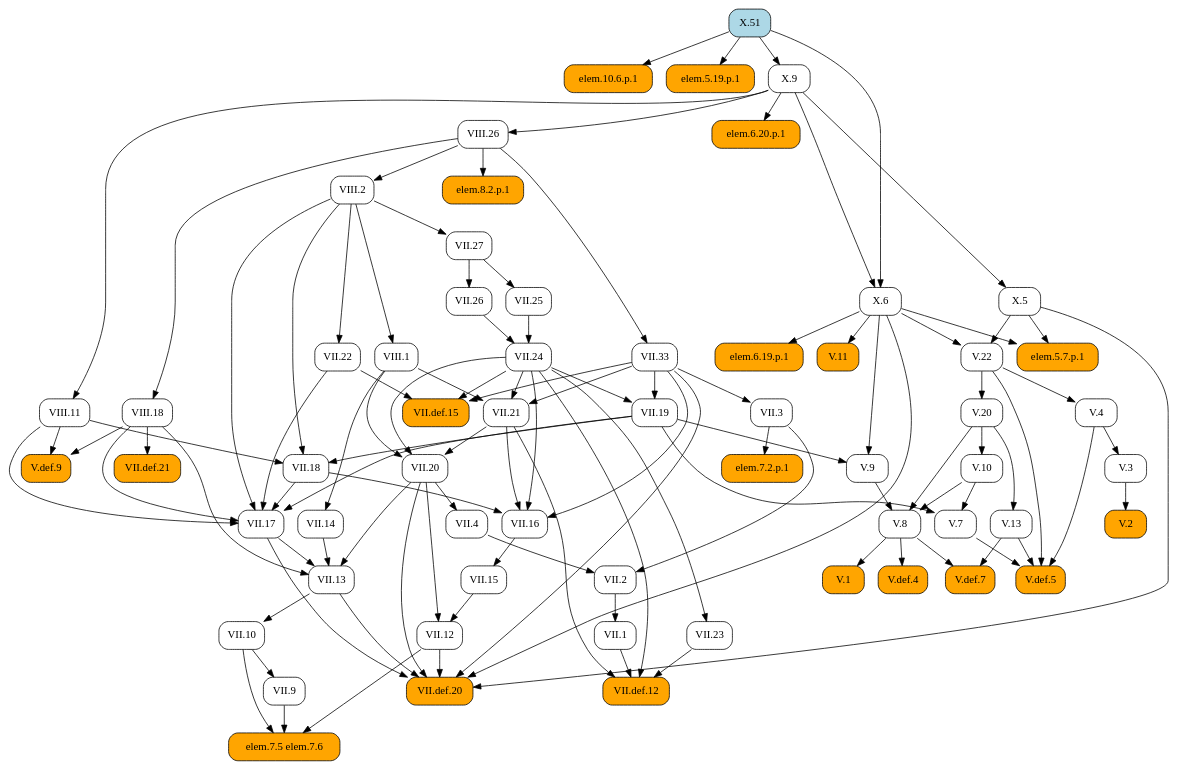
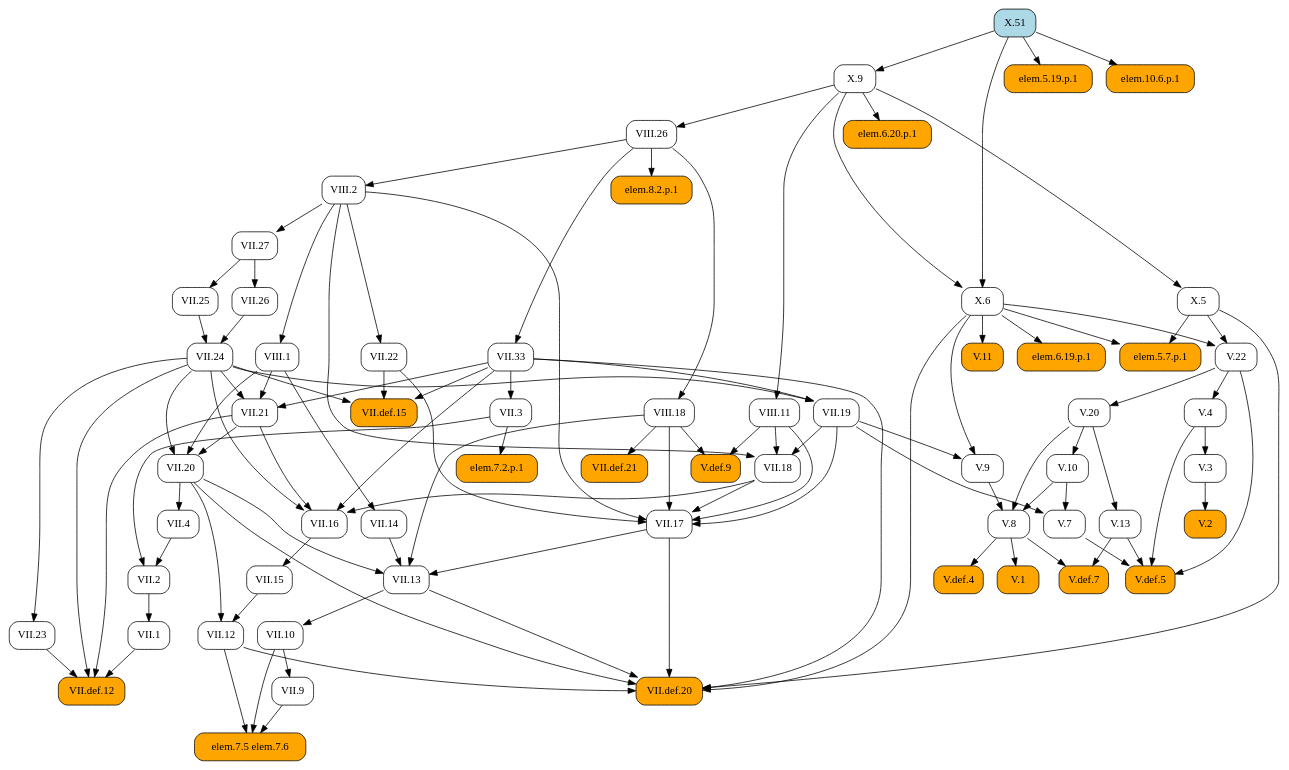
One commit to geometor/elements changed the diagram in docsrc/heath/X/51/index.rst. Above: the diagram before and after it, drawn with Graphviz. The commit also changed other lines of this file and 1029 other files, not shown here.

```diff
--- a/docsrc/heath/X/51/index.rst
+++ b/docsrc/heath/X/51/index.rst
@@ -49,112 +49,163 @@
    digraph {
      rankdir="TB";
      node [shape=box, style=rounded];
-     "V.1" [style="rounded,filled", fillcolor=orange, URL="/heath/V/1/", target="_top"];
+     "elem.6.20.p.1" [style="rounded,filled", fillcolor=orange];
+     "VII.1" [URL="/heath/VII/1/", target="_top"];
+     "X.9" [URL="/heath/X/9/", target="_top"];
+     "VIII.26" [URL="/heath/VIII/26/", target="_top"];
+     "VII.9" [URL="/heath/VII/9/", target="_top"];
+     "V.def.5" [style="rounded,filled", fillcolor=orange, URL="/heath/V/def.5/", target="_top"];
+     "V.22" [URL="/heath/V/22/", target="_top"];
+     "X.6" [URL="/heath/X/6/", target="_top"];
+     "V.20" [URL="/heath/V/20/", target="_top"];
+     "V.10" [URL="/heath/V/10/", target="_top"];
+     "V.11" [style="rounded,filled", fillcolor=orange, URL="/heath/V/11/", target="_top"];
+     "VII.17" [URL="/heath/VII/17/", target="_top"];
+     "V.13" [URL="/heath/V/13/", target="_top"];
+     "VII.3" [URL="/heath/VII/3/", target="_top"];
+     "elem.7.5 elem.7.6" [style="rounded,filled", fillcolor=orange];
+     "VII.def.21" [style="rounded,filled", fillcolor=orange, URL="/heath/VII/def.21/", target="_top"];
+     "V.7" [URL="/heath/V/7/", target="_top"];
+     "V.9" [URL="/heath/V/9/", target="_top"];
+     "VII.13" [URL="/heath/VII/13/", target="_top"];
+     "VII.2" [URL="/heath/VII/2/", target="_top"];
+     "VIII.1" [URL="/heath/VIII/1/", target="_top"];
+     "VIII.2" [URL="/heath/VIII/2/", target="_top"];
+     "V.3" [URL="/heath/V/3/", target="_top"];
      "VII.12" [URL="/heath/VII/12/", target="_top"];
-     "V.20" [URL="/heath/V/20/", target="_top"];
-     "VII.16" [URL="/heath/VII/16/", target="_top"];
-     "VII.13" [URL="/heath/VII/13/", target="_top"];
-     "VII.14" [URL="/heath/VII/14/", target="_top"];
-     "V.2" [style="rounded,filled", fillcolor=orange, URL="/heath/V/2/", target="_top"];
-     "V.def.4" [style="rounded,filled", fillcolor=orange, URL="/heath/V/def.4/", target="_top"];
+     "X.51" [style="rounded,filled", fillcolor=lightblue, URL="/heath/X/51/", target="_top"];
+     "VII.24" [URL="/heath/VII/24/", target="_top"];
+     "elem.6.19.p.1" [style="rounded,filled", fillcolor=orange];
+     "V.8" [URL="/heath/V/8/", target="_top"];
+     "VII.def.12" [style="rounded,filled", fillcolor=orange, URL="/heath/VII/def.12/", target="_top"];
+     "VII.33" [URL="/heath/VII/33/", target="_top"];
+     "V.def.9" [style="rounded,filled", fillcolor=orange, URL="/heath/V/def.9/", target="_top"];
+     "elem.7.2.p.1" [style="rounded,filled", fillcolor=orange];
+     "VIII.18" [URL="/heath/VIII/18/", target="_top"];
+     "VII.10" [URL="/heath/VII/10/", target="_top"];
      "VII.def.15" [style="rounded,filled", fillcolor=orange, URL="/heath/VII/def.15/", target="_top"];
      "VII.18" [URL="/heath/VII/18/", target="_top"];
-     "V.8" [URL="/heath/V/8/", target="_top"];
-     "V.22" [URL="/heath/V/22/", target="_top"];
+     "VII.19" [URL="/heath/VII/19/", target="_top"];
+     "elem.5.19.p.1" [style="rounded,filled", fillcolor=orange];
+     "VIII.11" [URL="/heath/VIII/11/", target="_top"];
+     "VII.16" [URL="/heath/VII/16/", target="_top"];
+     "V.4" [URL="/heath/V/4/", target="_top"];
      "elem.5.7.p.1" [style="rounded,filled", fillcolor=orange];
+     "VII.26" [URL="/heath/VII/26/", target="_top"];
+     "VII.4" [URL="/heath/VII/4/", target="_top"];
+     "VII.25" [URL="/heath/VII/25/", target="_top"];
      "VII.21" [URL="/heath/VII/21/", target="_top"];
+     "V.1" [style="rounded,filled", fillcolor=orange, URL="/heath/V/1/", target="_top"];
      "elem.10.6.p.1" [style="rounded,filled", fillcolor=orange];
-     "V.4" [URL="/heath/V/4/", target="_top"];
-     "V.7" [URL="/heath/V/7/", target="_top"];
+     "VII.20" [URL="/heath/VII/20/", target="_top"];
+     "X.5" [URL="/heath/X/5/", target="_top"];
+     "VII.27" [URL="/heath/VII/27/", target="_top"];
+     "VII.14" [URL="/heath/VII/14/", target="_top"];
+     "V.def.4" [style="rounded,filled", fillcolor=orange, URL="/heath/V/def.4/", target="_top"];
+     "V.2" [style="rounded,filled", fillcolor=orange, URL="/heath/V/2/", target="_top"];
+     "VII.22" [URL="/heath/VII/22/", target="_top"];
+     "V.def.7" [style="rounded,filled", fillcolor=orange, URL="/heath/V/def.7/", target="_top"];
+     "VII.23" [URL="/heath/VII/23/", target="_top"];
      "VII.15" [URL="/heath/VII/15/", target="_top"];
-     "VII.def.12" [style="rounded,filled", fillcolor=orange, URL="/heath/VII/def.12/", target="_top"];
-     "V.13" [URL="/heath/V/13/", target="_top"];
-     "elem.5.19.p.1" [style="rounded,filled", fillcolor=orange];
-     "X.5" [URL="/heath/X/5/", target="_top"];
-     "VIII.18" [URL="/heath/VIII/18/", target="_top"];
-     "VII.2" [URL="/heath/VII/2/", target="_top"];
      "VII.def.20" [style="rounded,filled", fillcolor=orange, URL="/heath/VII/def.20/", target="_top"];
-     "elem.6.19.p.1" [style="rounded,filled", fillcolor=orange];
-     "VII.3" [URL="/heath/VII/3/", target="_top"];
-     "elem.7.5 elem.7.6" [style="rounded,filled", fillcolor=orange];
      "elem.8.2.p.1" [style="rounded,filled", fillcolor=orange];
-     "X.51" [style="rounded,filled", fillcolor=lightblue, URL="/heath/X/51/", target="_top"];
-     "VII.10" [URL="/heath/VII/10/", target="_top"];
-     "V.def.7" [style="rounded,filled", fillcolor=orange, URL="/heath/V/def.7/", target="_top"];
-     "V.def.9" [style="rounded,filled", fillcolor=orange, URL="/heath/V/def.9/", target="_top"];
-     "VII.20" [URL="/heath/VII/20/", target="_top"];
-     "X.9" [URL="/heath/X/9/", target="_top"];
-     "X.6" [URL="/heath/X/6/", target="_top"];
-     "V.10" [URL="/heath/V/10/", target="_top"];
-     "VIII.11" [URL="/heath/VIII/11/", target="_top"];
-     "VII.9" [URL="/heath/VII/9/", target="_top"];
-     "VIII.1" [URL="/heath/VIII/1/", target="_top"];
-     "VII.25" [URL="/heath/VII/25/", target="_top"];
-     "VII.23" [URL="/heath/VII/23/", target="_top"];
-     "VII.27" [URL="/heath/VII/27/", target="_top"];
-     "VIII.2" [URL="/heath/VIII/2/", target="_top"];
-     "V.11" [style="rounded,filled", fillcolor=orange, URL="/heath/V/11/", target="_top"];
-     "VII.24" [URL="/heath/VII/24/", target="_top"];
-     "VII.19" [URL="/heath/VII/19/", target="_top"];
-     "VII.4" [URL="/heath/VII/4/", target="_top"];
-     "elem.7.2.p.1" [style="rounded,filled", fillcolor=orange];
-     "V.9" [URL="/heath/V/9/", target="_top"];
-     "VII.26" [URL="/heath/VII/26/", target="_top"];
-     "elem.6.20.p.1" [style="rounded,filled", fillcolor=orange];
-     "V.3" [URL="/heath/V/3/", target="_top"];
-     "VII.1" [URL="/heath/VII/1/", target="_top"];
-     "VII.22" [URL="/heath/VII/22/", target="_top"];
-     "VIII.26" [URL="/heath/VIII/26/", target="_top"];
-     "VII.33" [URL="/heath/VII/33/", target="_top"];
-     "VII.def.21" [style="rounded,filled", fillcolor=orange, URL="/heath/VII/def.21/", target="_top"];
-     "V.def.5" [style="rounded,filled", fillcolor=orange, URL="/heath/V/def.5/", target="_top"];
-     "VII.17" [URL="/heath/VII/17/", target="_top"];
-     "V.8" -> "V.1";
-     "VII.15" -> "VII.12";
-     "VII.20" -> "VII.12";
+     "X.9" -> "elem.6.20.p.1";
+     "VII.2" -> "VII.1";
+     "X.51" -> "X.9";
+     "X.9" -> "VIII.26";
+     "VII.10" -> "VII.9";
+     "V.4" -> "V.def.5";
+     "V.7" -> "V.def.5";
+     "V.13" -> "V.def.5";
+     "V.22" -> "V.def.5";
+     "X.5" -> "V.22";
+     "X.6" -> "V.22";
+     "X.9" -> "X.6";
+     "X.51" -> "X.6";
      "V.22" -> "V.20";
-     "VII.18" -> "VII.16";
-     "VII.21" -> "VII.16";
-     "VII.24" -> "VII.16";
-     "VII.33" -> "VII.16";
+     "V.20" -> "V.10";
+     "X.6" -> "V.11";
+     "VII.18" -> "VII.17";
+     "VII.19" -> "VII.17";
+     "VII.22" -> "VII.17";
+     "VIII.2" -> "VII.17";
+     "VIII.11" -> "VII.17";
+     "VIII.18" -> "VII.17";
+     "V.20" -> "V.13";
+     "VII.33" -> "VII.3";
+     "VII.9" -> "elem.7.5 elem.7.6";
+     "VII.10" -> "elem.7.5 elem.7.6";
+     "VII.12" -> "elem.7.5 elem.7.6";
+     "VIII.18" -> "VII.def.21";
+     "V.10" -> "V.7";
+     "VII.19" -> "V.7";
+     "VII.19" -> "V.9";
+     "X.6" -> "V.9";
      "VII.14" -> "VII.13";
      "VII.17" -> "VII.13";
      "VII.20" -> "VII.13";
      "VIII.18" -> "VII.13";
-     "VIII.1" -> "VII.14";
-     "V.3" -> "V.2";
-     "V.8" -> "V.def.4";
+     "VII.3" -> "VII.2";
+     "VII.4" -> "VII.2";
+     "VIII.2" -> "VIII.1";
+     "VIII.26" -> "VIII.2";
+     "V.4" -> "V.3";
+     "VII.15" -> "VII.12";
+     "VII.20" -> "VII.12";
+     "VII.25" -> "VII.24";
+     "VII.26" -> "VII.24";
+     "X.6" -> "elem.6.19.p.1";
+     "V.9" -> "V.8";
+     "V.10" -> "V.8";
+     "V.20" -> "V.8";
+     "VII.1" -> "VII.def.12";
+     "VII.21" -> "VII.def.12";
+     "VII.23" -> "VII.def.12";
+     "VII.24" -> "VII.def.12";
+     "VIII.26" -> "VII.33";
+     "VIII.11" -> "V.def.9";
+     "VIII.18" -> "V.def.9";
+     "VII.3" -> "elem.7.2.p.1";
+     "VIII.26" -> "VIII.18";
+     "VII.13" -> "VII.10";
      "VII.22" -> "VII.def.15";
      "VII.24" -> "VII.def.15";
      "VII.33" -> "VII.def.15";
      "VII.19" -> "VII.18";
      "VIII.2" -> "VII.18";
      "VIII.11" -> "VII.18";
-     "V.9" -> "V.8";
-     "V.10" -> "V.8";
-     "V.20" -> "V.8";
-     "X.5" -> "V.22";
-     "X.6" -> "V.22";
+     "VII.24" -> "VII.19";
+     "VII.33" -> "VII.19";
+     "X.51" -> "elem.5.19.p.1";
+     "X.9" -> "VIII.11";
+     "VII.18" -> "VII.16";
+     "VII.21" -> "VII.16";
+     "VII.24" -> "VII.16";
+     "VII.33" -> "VII.16";
+     "V.22" -> "V.4";
      "X.5" -> "elem.5.7.p.1";
      "X.6" -> "elem.5.7.p.1";
+     "VII.27" -> "VII.26";
+     "VII.20" -> "VII.4";
+     "VII.27" -> "VII.25";
      "VII.24" -> "VII.21";
      "VII.33" -> "VII.21";
      "VIII.1" -> "VII.21";
+     "V.8" -> "V.1";
      "X.51" -> "elem.10.6.p.1";
-     "V.22" -> "V.4";
-     "V.10" -> "V.7";
-     "VII.19" -> "V.7";
+     "VII.21" -> "VII.20";
+     "VII.24" -> "VII.20";
+     "VIII.1" -> "VII.20";
+     "X.9" -> "X.5";
+     "VIII.2" -> "VII.27";
+     "VIII.1" -> "VII.14";
+     "V.8" -> "V.def.4";
+     "V.3" -> "V.2";
+     "VIII.2" -> "VII.22";
+     "V.8" -> "V.def.7";
+     "V.13" -> "V.def.7";
+     "VII.24" -> "VII.23";
      "VII.16" -> "VII.15";
-     "VII.1" -> "VII.def.12";
-     "VII.21" -> "VII.def.12";
-     "VII.23" -> "VII.def.12";
-     "VII.24" -> "VII.def.12";
-     "V.20" -> "V.13";
-     "X.51" -> "elem.5.19.p.1";
-     "X.9" -> "X.5";
-     "VIII.26" -> "VIII.18";
-     "VII.3" -> "VII.2";
-     "VII.4" -> "VII.2";
      "VII.12" -> "VII.def.20";
      "VII.13" -> "VII.def.20";
      "VII.17" -> "VII.def.20";
@@ -162,56 +213,5 @@
      "VII.33" -> "VII.def.20";
      "X.5" -> "VII.def.20";
      "X.6" -> "VII.def.20";
-     "X.6" -> "elem.6.19.p.1";
-     "VII.33" -> "VII.3";
-     "VII.9" -> "elem.7.5 elem.7.6";
-     "VII.10" -> "elem.7.5 elem.7.6";
-     "VII.12" -> "elem.7.5 elem.7.6";
      "VIII.26" -> "elem.8.2.p.1";
-     "VII.13" -> "VII.10";
-     "V.8" -> "V.def.7";
-     "V.13" -> "V.def.7";
-     "VIII.11" -> "V.def.9";
-     "VIII.18" -> "V.def.9";
-     "VII.21" -> "VII.20";
-     "VII.24" -> "VII.20";
-     "VIII.1" -> "VII.20";
-     "X.51" -> "X.9";
-     "X.9" -> "X.6";
-     "X.51" -> "X.6";
-     "V.20" -> "V.10";
-     "X.9" -> "VIII.11";
-     "VII.10" -> "VII.9";
-     "VIII.2" -> "VIII.1";
-     "VII.27" -> "VII.25";
-     "VII.24" -> "VII.23";
-     "VIII.2" -> "VII.27";
-     "VIII.26" -> "VIII.2";
-     "X.6" -> "V.11";
-     "VII.25" -> "VII.24";
-     "VII.26" -> "VII.24";
-     "VII.24" -> "VII.19";
-     "VII.33" -> "VII.19";
-     "VII.20" -> "VII.4";
-     "VII.3" -> "elem.7.2.p.1";
-     "VII.19" -> "V.9";
-     "X.6" -> "V.9";
-     "VII.27" -> "VII.26";
-     "X.9" -> "elem.6.20.p.1";
-     "V.4" -> "V.3";
-     "VII.2" -> "VII.1";
-     "VIII.2" -> "VII.22";
-     "X.9" -> "VIII.26";
-     "VIII.26" -> "VII.33";
-     "VIII.18" -> "VII.def.21";
-     "V.4" -> "V.def.5";
-     "V.7" -> "V.def.5";
-     "V.13" -> "V.def.5";
-     "V.22" -> "V.def.5";
-     "VII.18" -> "VII.17";
-     "VII.19" -> "VII.17";
-     "VII.22" -> "VII.17";
-     "VIII.2" -> "VII.17";
-     "VIII.11" -> "VII.17";
-     "VIII.18" -> "VII.17";
    }
```
